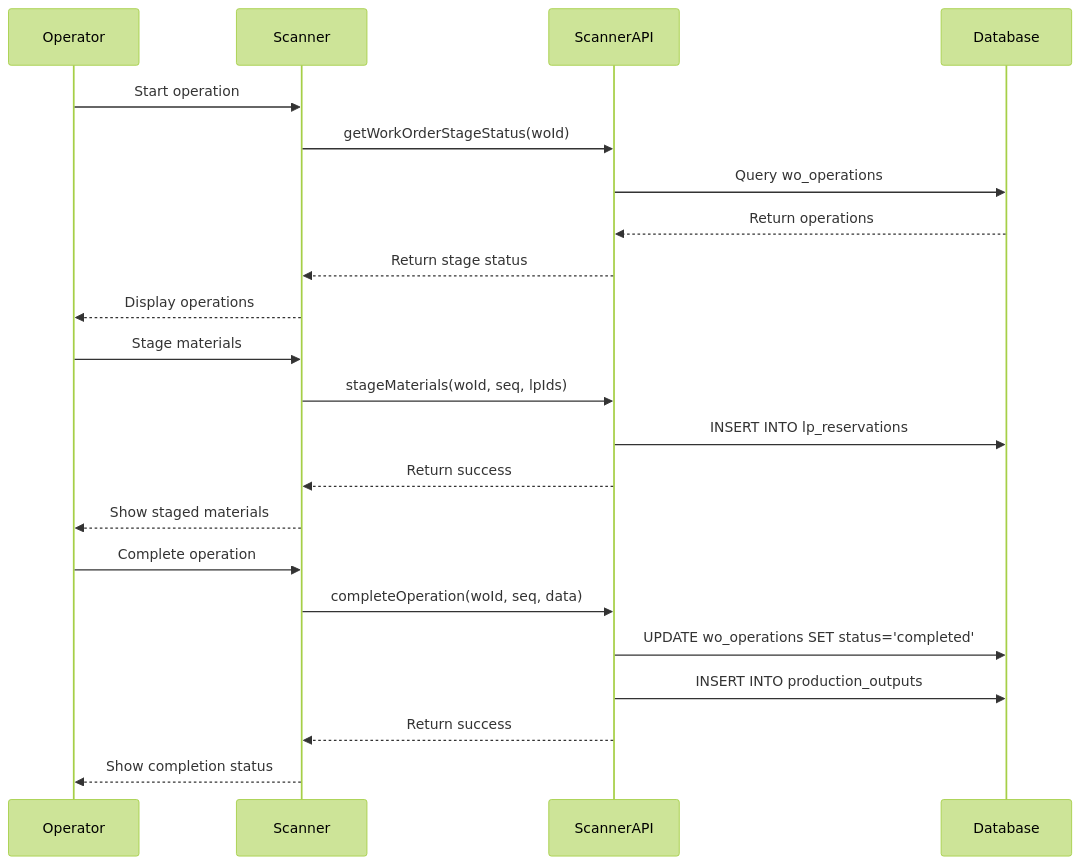
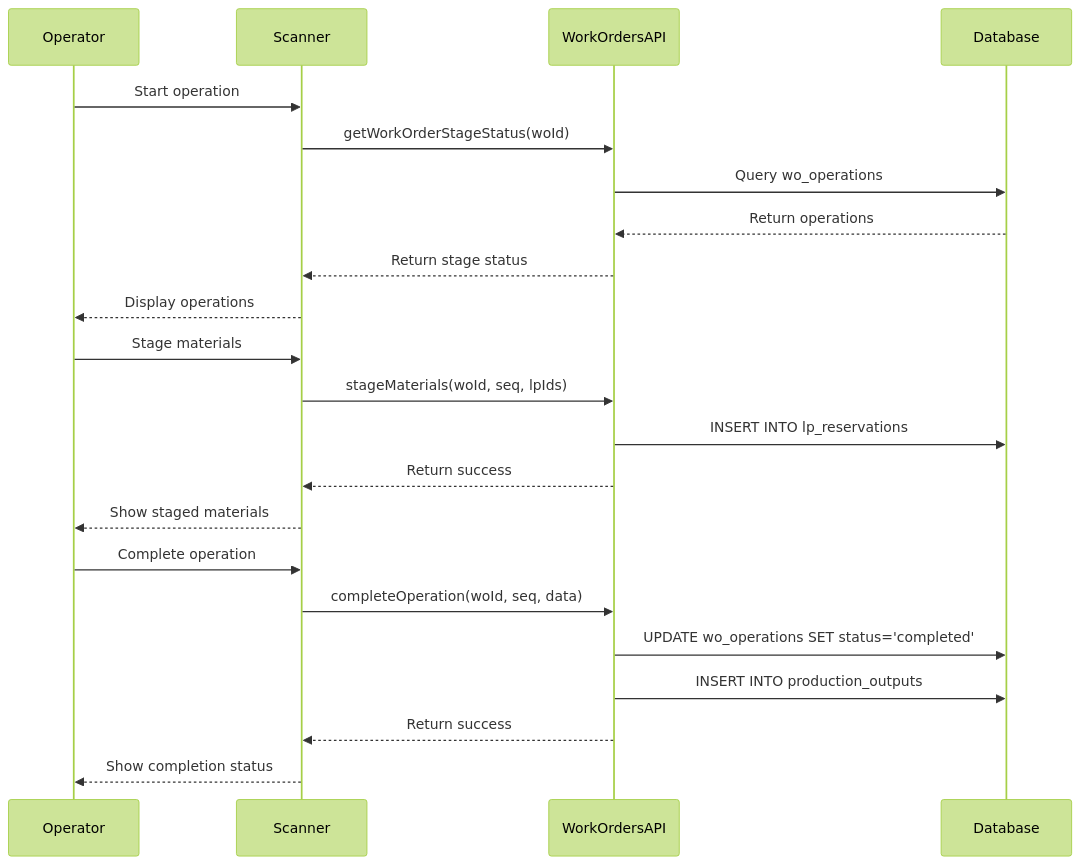
Before and after one commit to CoderMariusz/MonoPilot: the third of 4 diagrams in docs/modules/production/PRODUCTION_MODULE_GUIDE.md, drawn with Mermaid (forest theme). The commit also changed other lines of this file and 14 other files, not shown here.

````diff
--- a/docs/modules/production/PRODUCTION_MODULE_GUIDE.md
+++ b/docs/modules/production/PRODUCTION_MODULE_GUIDE.md
@@ -156,27 +162,27 @@
 ```mermaid
 sequenceDiagram
     participant O as Operator
     participant S as Scanner
-    participant API as ScannerAPI
+    participant API as WorkOrdersAPI
     participant DB as Database
     
     O->>S: Start operation
     S->>API: getWorkOrderStageStatus(woId)
     API->>DB: Query wo_operations
     DB-->>API: Return operations
     API-->>S: Return stage status
     S-->>O: Display operations
     
     O->>S: Stage materials
     S->>API: stageMaterials(woId, seq, lpIds)
     API->>DB: INSERT INTO lp_reservations
     API-->>S: Return success
     S-->>O: Show staged materials
     
     O->>S: Complete operation
     S->>API: completeOperation(woId, seq, data)
     API->>DB: UPDATE wo_operations SET status='completed'
     API->>DB: INSERT INTO production_outputs
     API-->>S: Return success
     S-->>O: Show completion status
 ```
````
